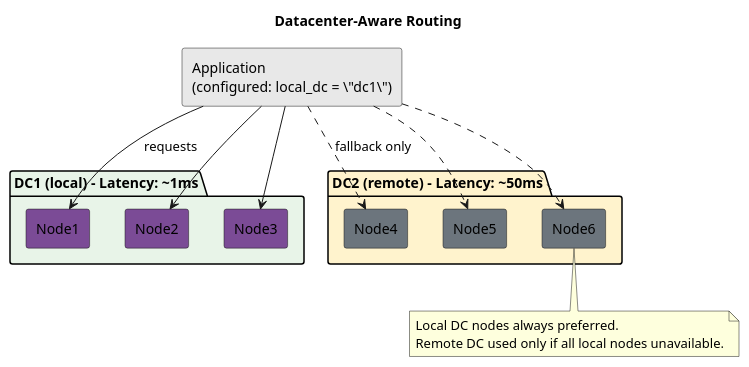
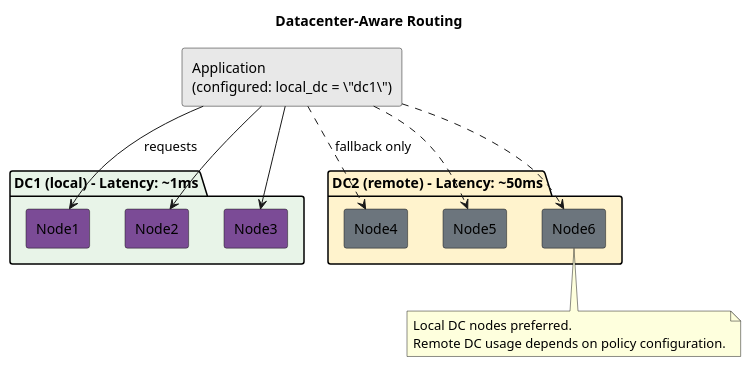
Before and after one commit to axonops/documentation: the third of 5 diagrams in docs/data-platforms/cassandra/application-development/drivers/policies/load-balancing.md, drawn with PlantUML. The commit also changed other lines of this file and 262 other files, not shown here.

````diff
--- a/docs/data-platforms/cassandra/application-development/drivers/policies/load-balancing.md
+++ b/docs/data-platforms/cassandra/application-development/drivers/policies/load-balancing.md
@@ -112,35 +124,35 @@
 ```plantuml
 @startuml
 skinparam backgroundColor #FFFFFF
 skinparam defaultFontName Arial
 
 title Datacenter-Aware Routing
 
 rectangle "Application\n(configured: local_dc = \"dc1\")" as app #E8E8E8
 
 package "DC1 (local) - Latency: ~1ms" #E8F4E8 {
     rectangle "Node1" as n1 #7B4B96
     rectangle "Node2" as n2 #7B4B96
     rectangle "Node3" as n3 #7B4B96
 }
 
 package "DC2 (remote) - Latency: ~50ms" #FFF3CD {
     rectangle "Node4" as n4 #6C757D
     rectangle "Node5" as n5 #6C757D
     rectangle "Node6" as n6 #6C757D
 }
 
 app --> n1 : requests
 app --> n2
 app --> n3
 app ..> n4 : fallback only
 app ..> n5
 app ..> n6
 
 note bottom of n6
-  Local DC nodes always preferred.
-  Remote DC used only if all local nodes unavailable.
+  Local DC nodes preferred.
+  Remote DC usage depends on policy configuration.
 end note
 
 @enduml
 ```
````
